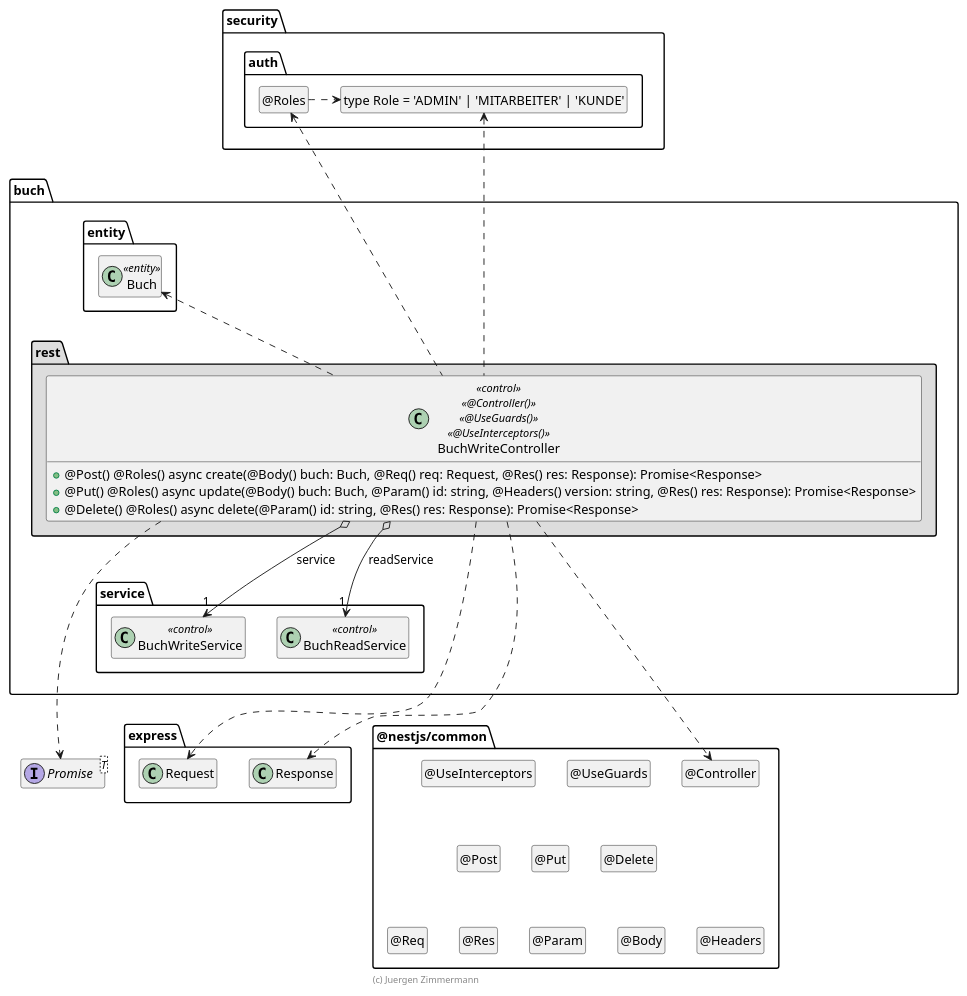
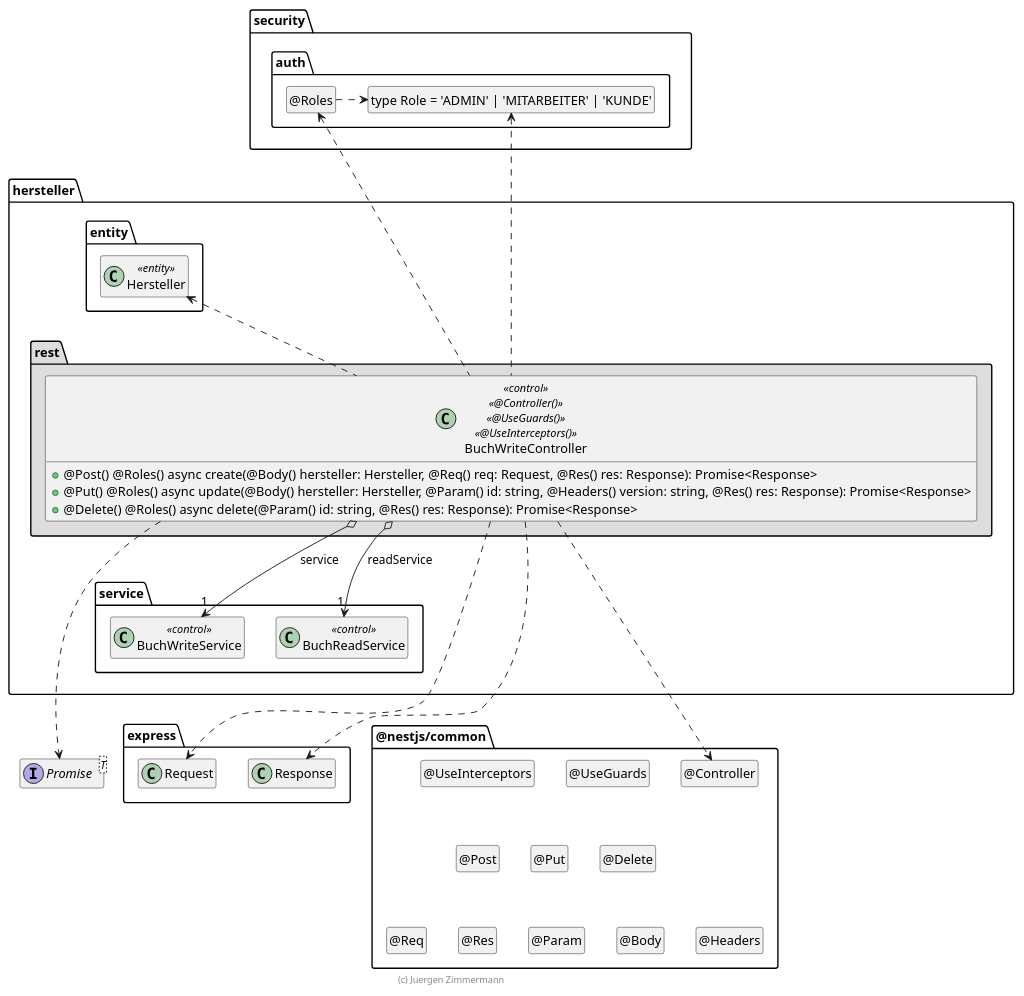
One commit to alexeysafonov99/hersteller changed the diagram in extras/doc/entwicklerhandbuch/BuchWriteController.plantuml. Above: the diagram before and after it, drawn with PlantUML. The commit also changed 133 other files, not shown here.

```diff
--- a/extras/doc/entwicklerhandbuch/BuchWriteController.plantuml
+++ b/extras/doc/entwicklerhandbuch/BuchWriteController.plantuml
@@ -18,110 +18,110 @@
 @startuml Controller-Klasse
 
 interface Promise<T>
 
 package @nestjs/common {
   class "@Controller" as Controller
   hide Controller circle
 
   class "@UseGuards" as UseGuards
   hide UseGuards circle
 
   class "@UseInterceptors" as UseInterceptors
   hide UseInterceptors circle
 
   class "@Post" as Post
   hide Post circle
 
   class "@Put" as Put
   hide Put circle
 
   class "@Delete" as Delete
   hide Delete circle
 
   class "@Req" as Req
   hide Req circle
 
   class "@Res" as Res
   hide Res circle
 
   class "@Param" as Param
   hide Param circle
 
   class "@Body" as Body
   hide Body circle
 
   class "@Headers" as Headers
   hide Headers circle
 
   UseInterceptors .[hidden].> Post
   UseInterceptors .[hidden].> Put
   UseInterceptors .[hidden].> Delete
 
   Post .[hidden].> Req
   Post .[hidden].> Res
   Post .[hidden].> Param
   Post .[hidden].> Body
   Post .[hidden].> Headers
 }
 
 package express {
   class Request
   class Response
 
   Response .right[hidden].> Controller
 }
 
 package security.auth {
   class "type Role = 'ADMIN' | 'MITARBEITER' | 'KUNDE'" as Role
   hide Role circle
 
   class "@Roles" as Roles
   hide Roles circle
 
   Roles .right.> Role
 }
 
-package buch {
+package hersteller {
   package entity #FFFFFF {
-    class Buch <<entity>>
+    class Hersteller <<entity>>
 
-    Buch .[hidden].> Promise
-    Buch .[hidden].> Request
+    Hersteller .[hidden].> Promise
+    Hersteller .[hidden].> Request
   }
 
   package service {
     class BuchWriteService << control >>
     class BuchReadService << control >>
   }
 
   package rest #DDDDDD {
     class BuchWriteController << control >> << @Controller() >> << @UseGuards() >> << @UseInterceptors() >> {
-      + @Post() @Roles() async create(@Body() buch: Buch, @Req() req: Request,  @Res() res: Response): Promise<Response>
-      + @Put() @Roles() async update(@Body() buch: Buch, @Param() id: string, @Headers() version: string, @Res() res: Response): Promise<Response>
+      + @Post() @Roles() async create(@Body() hersteller: Hersteller, @Req() req: Request,  @Res() res: Response): Promise<Response>
+      + @Put() @Roles() async update(@Body() hersteller: Hersteller, @Param() id: string, @Headers() version: string, @Res() res: Response): Promise<Response>
       + @Delete() @Roles() async delete(@Param() id: string, @Res() res: Response): Promise<Response>
     }
 
     BuchWriteController o--> "1" BuchWriteService : service
     BuchWriteController o--> "1" BuchReadService : readService
-    BuchWriteController ..up> Buch
+    BuchWriteController ..up> Hersteller
 
     BuchWriteController ..> Controller
 
     BuchWriteController .up.> Roles
     BuchWriteController .up.> Role
 
     BuchWriteController ..> Request
     BuchWriteController ..> Response
     BuchWriteController ..> Promise
 
-    Buch .up[hidden].> Roles
+    Hersteller .up[hidden].> Roles
     BuchWriteService .[hidden].> Request
     BuchWriteService .[hidden].> Promise
   }
 }
 
 hide empty members
 
 footer (c) Juergen Zimmermann
 
 @enduml
```
